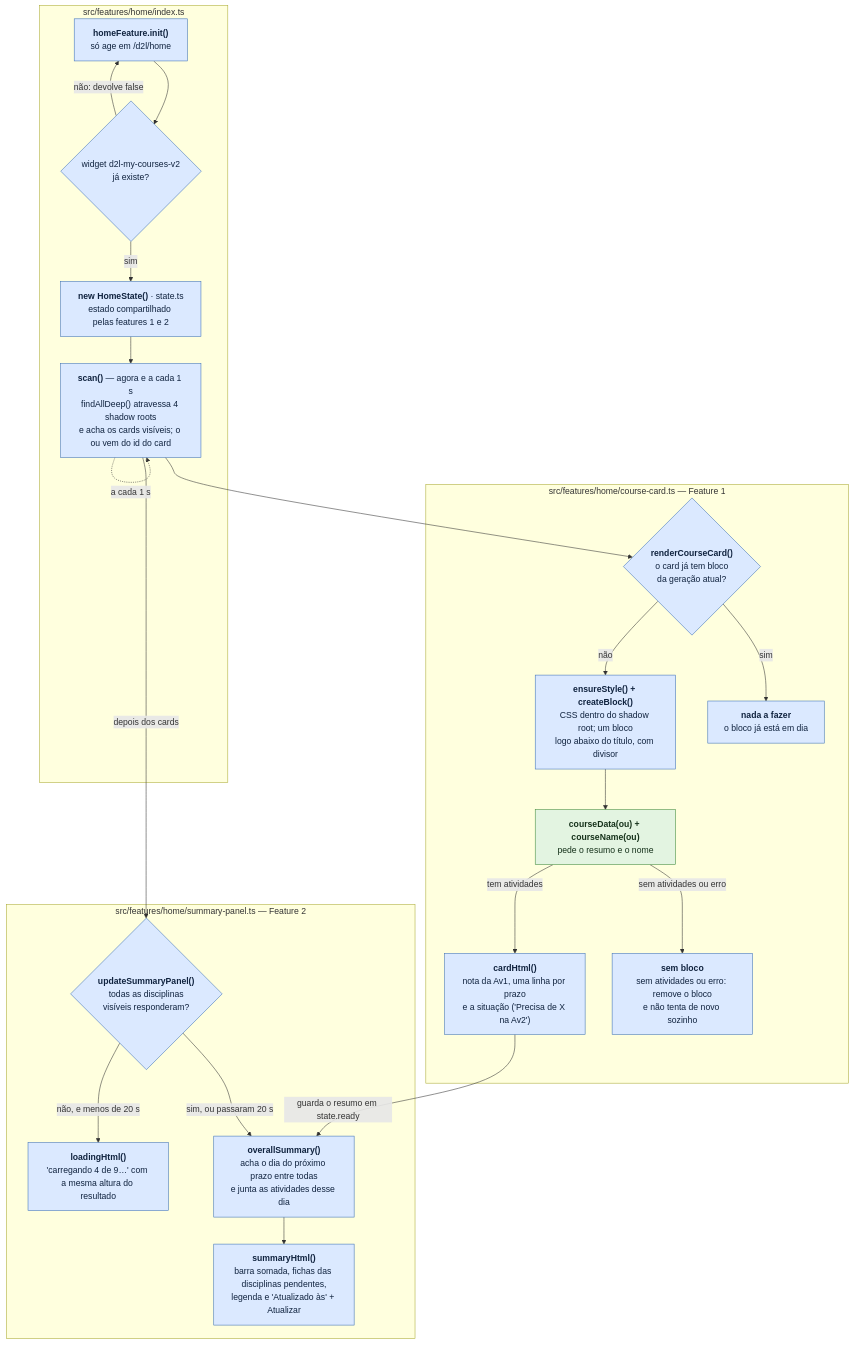
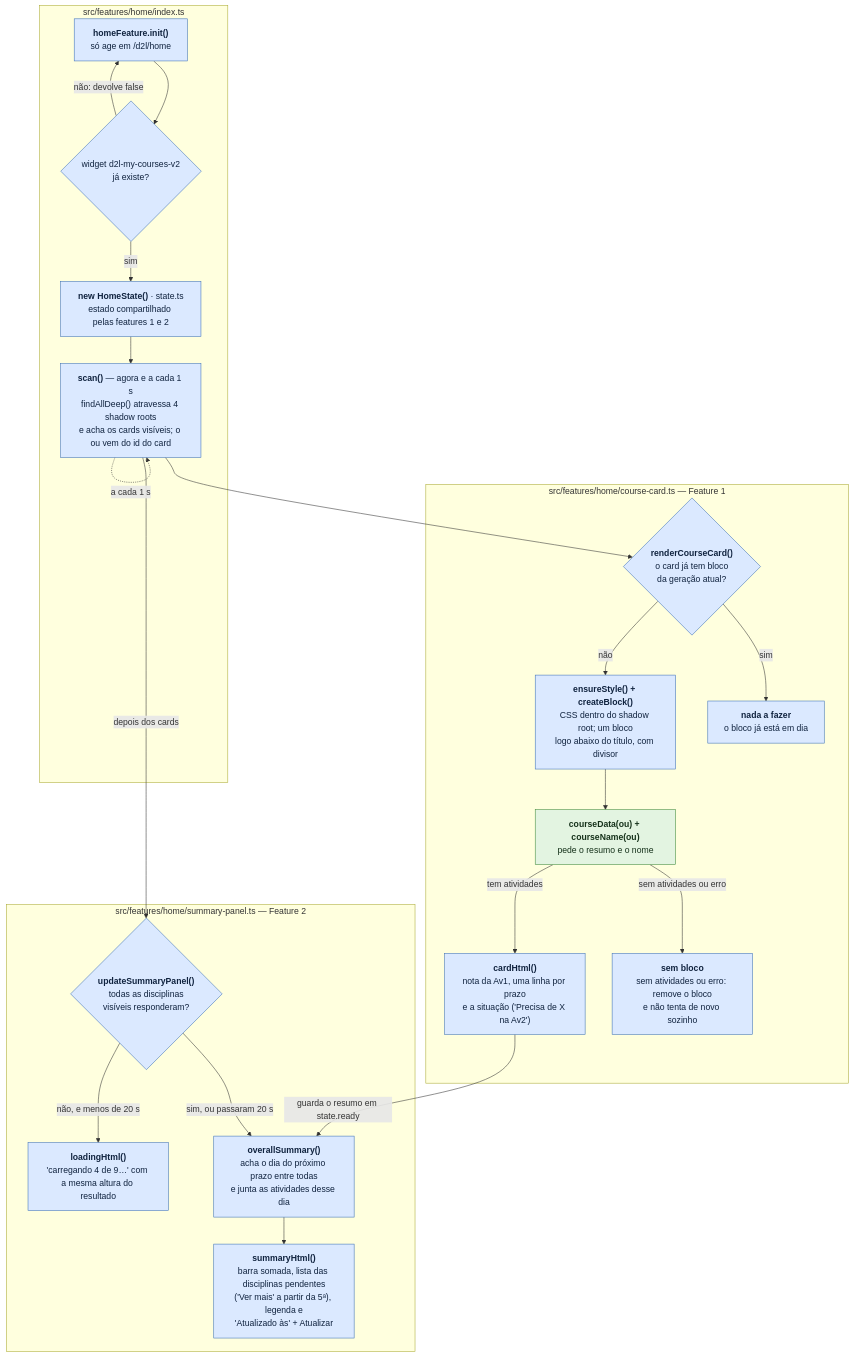
Before and after one commit to dihsantanna/eaa-plus: the fourth of 10 diagrams in ARQUITETURA.md, drawn with Mermaid. The commit also changed other lines of this file and 6 other files, not shown here.

First line of the commit message:
Resumo: lista do que falta por disciplina no lugar das fichas

````diff
--- a/ARQUITETURA.md
+++ b/ARQUITETURA.md
@@ -144,43 +144,43 @@
 ```mermaid
 flowchart TD
   subgraph IDX["src/features/home/index.ts"]
     A["<b>homeFeature.init()</b><br/>só age em /d2l/home"]
     B{"widget d2l-my-courses-v2<br/>já existe?"}
     C["<b>new HomeState()</b> · state.ts<br/>estado compartilhado pelas features 1 e 2"]
     D["<b>scan()</b> — agora e a cada 1 s<br/>findAllDeep() atravessa 4 shadow roots<br/>e acha os cards visíveis; o ou vem do id do card"]
   end
 
   subgraph CARD["src/features/home/course-card.ts — Feature 1"]
     E{"<b>renderCourseCard()</b><br/>o card já tem bloco<br/>da geração atual?"}
     F["<b>ensureStyle() + createBlock()</b><br/>CSS dentro do shadow root; um bloco<br/>logo abaixo do título, com divisor"]
     G["<b>courseData(ou) + courseName(ou)</b><br/>pede o resumo e o nome"]:::data
     H["<b>cardHtml()</b><br/>nota da Av1, uma linha por prazo<br/>e a situação ('Precisa de X na Av2')"]
     I["<b>sem bloco</b><br/>sem atividades ou erro: remove o bloco<br/>e não tenta de novo sozinho"]
     N["<b>nada a fazer</b><br/>o bloco já está em dia"]
   end
 
   subgraph SUM["src/features/home/summary-panel.ts — Feature 2"]
     J{"<b>updateSummaryPanel()</b><br/>todas as disciplinas<br/>visíveis responderam?"}
     K["<b>loadingHtml()</b><br/>'carregando 4 de 9…' com a mesma altura do resultado"]
     L["<b>overallSummary()</b><br/>acha o dia do próximo prazo entre todas<br/>e junta as atividades desse dia"]
-    M["<b>summaryHtml()</b><br/>barra somada, fichas das disciplinas pendentes,<br/>legenda e 'Atualizado às' + Atualizar"]
+    M["<b>summaryHtml()</b><br/>barra somada, lista das disciplinas pendentes<br/>('Ver mais' a partir da 5ª), legenda e<br/>'Atualizado às' + Atualizar"]
   end
 
   A --> B
   B -- "não: devolve false" --> A
   B -- "sim" --> C --> D
   D --> E
   E -- "sim" --> N
   E -- "não" --> F --> G
   G -- "tem atividades" --> H
   G -- "sem atividades ou erro" --> I
   H -- "guarda o resumo em state.ready" --> L
   D -- "depois dos cards" --> J
   J -- "não, e menos de 20 s" --> K
   J -- "sim, ou passaram 20 s" --> L --> M
   D -. "a cada 1 s" .-> D
 
   classDef data fill:#e3f4e1,stroke:#3f8a3a,color:#15311a
   class A,B,C,D,E,F,H,I,J,K,L,M,N feature
   classDef feature fill:#dbe9ff,stroke:#3b6fb6,color:#10233f
 ```
````
